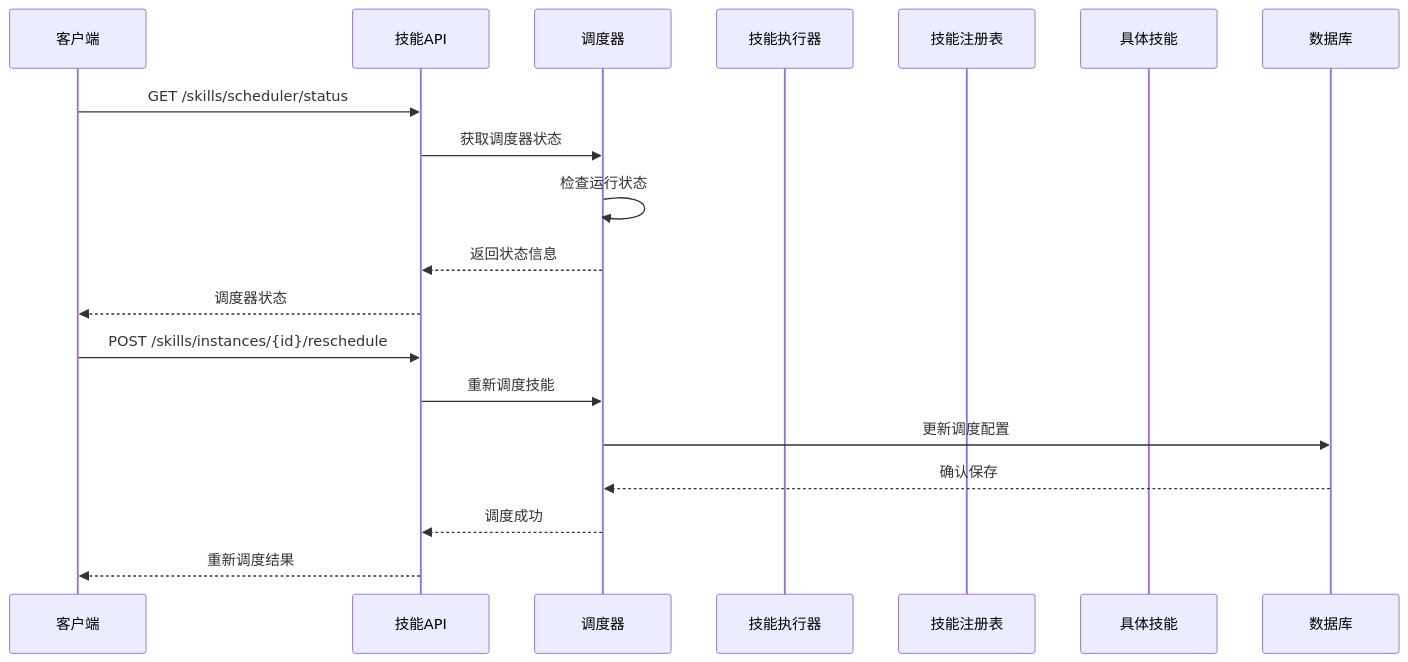
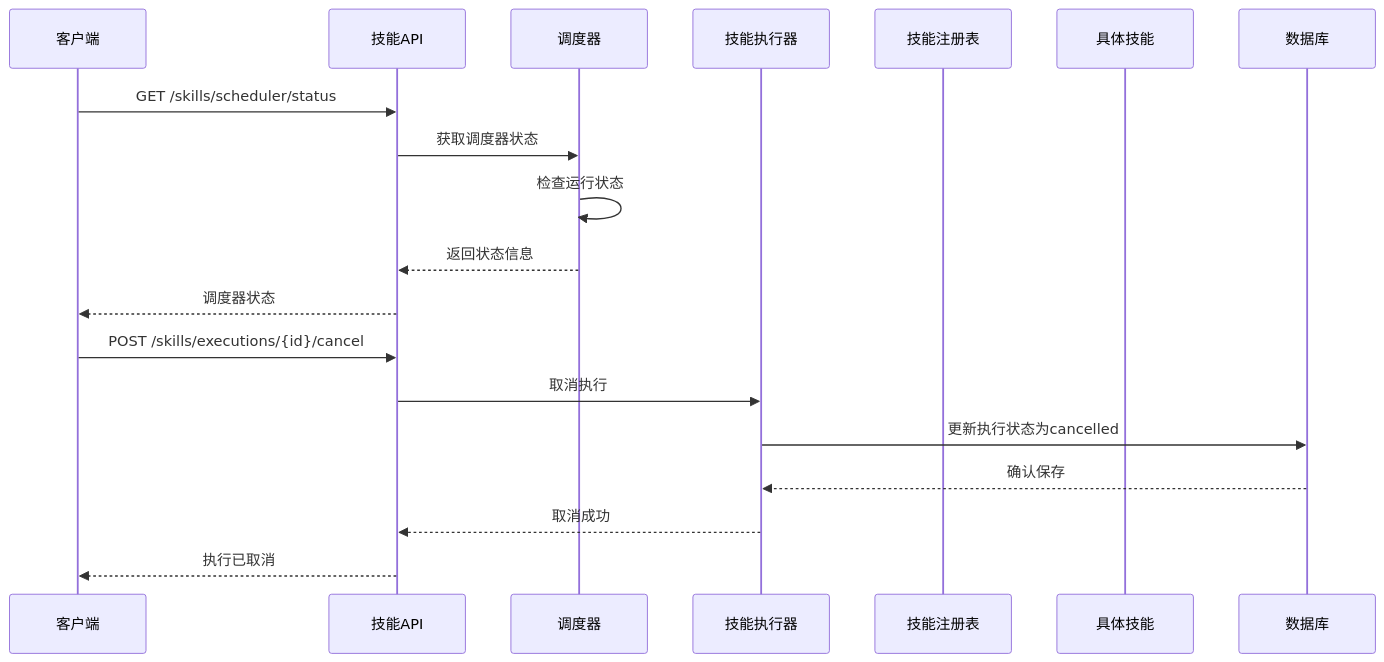
Before and after one commit to jackeyunjie/open-notebook: the second of 17 diagrams in .qoder/repowiki/zh/content/API参考文档/技能系统API.md, drawn with Mermaid. The commit also changed other lines of this file and 24 other files, not shown here.

````diff
--- a/.qoder/repowiki/zh/content/API参考文档/技能系统API.md
+++ b/.qoder/repowiki/zh/content/API参考文档/技能系统API.md
@@ -171,21 +171,21 @@
 ```mermaid
 sequenceDiagram
 participant Client as 客户端
 participant API as 技能API
 participant Scheduler as 调度器
 participant Runner as 技能执行器
 participant Registry as 技能注册表
 participant Skill as 具体技能
 participant DB as 数据库
 Client->>API : GET /skills/scheduler/status
 API->>Scheduler : 获取调度器状态
 Scheduler->>Scheduler : 检查运行状态
 Scheduler-->>API : 返回状态信息
 API-->>Client : 调度器状态
-Client->>API : POST /skills/instances/{id}/reschedule
-API->>Scheduler : 重新调度技能
-Scheduler->>DB : 更新调度配置
-DB-->>Scheduler : 确认保存
-Scheduler-->>API : 调度成功
-API-->>Client : 重新调度结果
+Client->>API : POST /skills/executions/{id}/cancel
+API->>Runner : 取消执行
+Runner->>DB : 更新执行状态为cancelled
+DB-->>Runner : 确认保存
+Runner-->>API : 取消成功
+API-->>Client : 执行已取消
 ```
````
